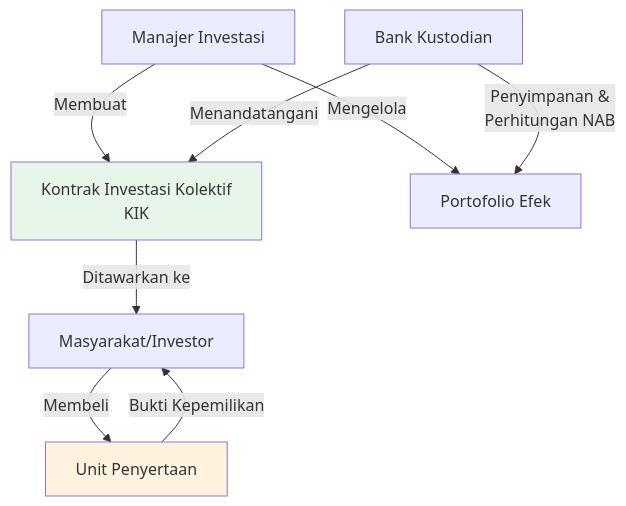
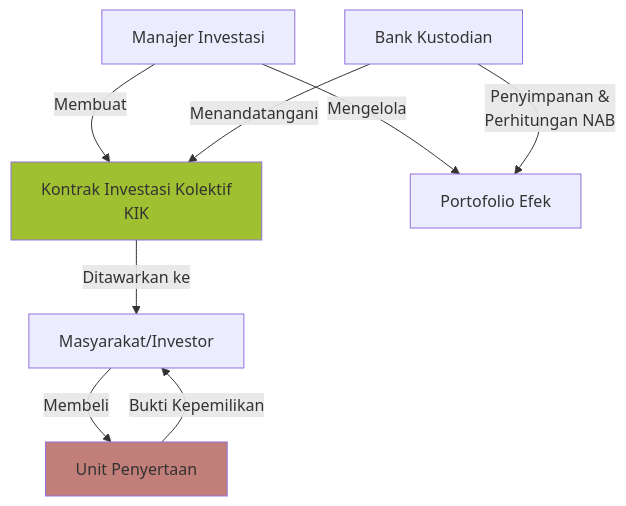
The ninth of 12 diagrams in content/Lectures/uas-pasmod.md (hifdzimaulana/beate-vivere), drawn with Mermaid before and after one commit. The commit also changed other lines of this file, not shown here.

````diff
--- a/content/Lectures/uas-pasmod.md
+++ b/content/Lectures/uas-pasmod.md
@@ -881,13 +907,13 @@
 ```mermaid
 graph TD
     A[Manajer Investasi] -->|Membuat| B[Kontrak Investasi Kolektif<br/>KIK]
     C[Bank Kustodian] -->|Menandatangani| B
     B -->|Ditawarkan ke| D[Masyarakat/Investor]
     D -->|Membeli| E[Unit Penyertaan]
     E -->|Bukti Kepemilikan| D
     A -->|Mengelola| F[Portofolio Efek]
     C -->|Penyimpanan &<br/>Perhitungan NAB| F
     
-    style B fill:#e8f5e9
-    style E fill:#fff3e0
+    style B fill:#9FC131
+    style E fill:#C27e79
 ```
````
